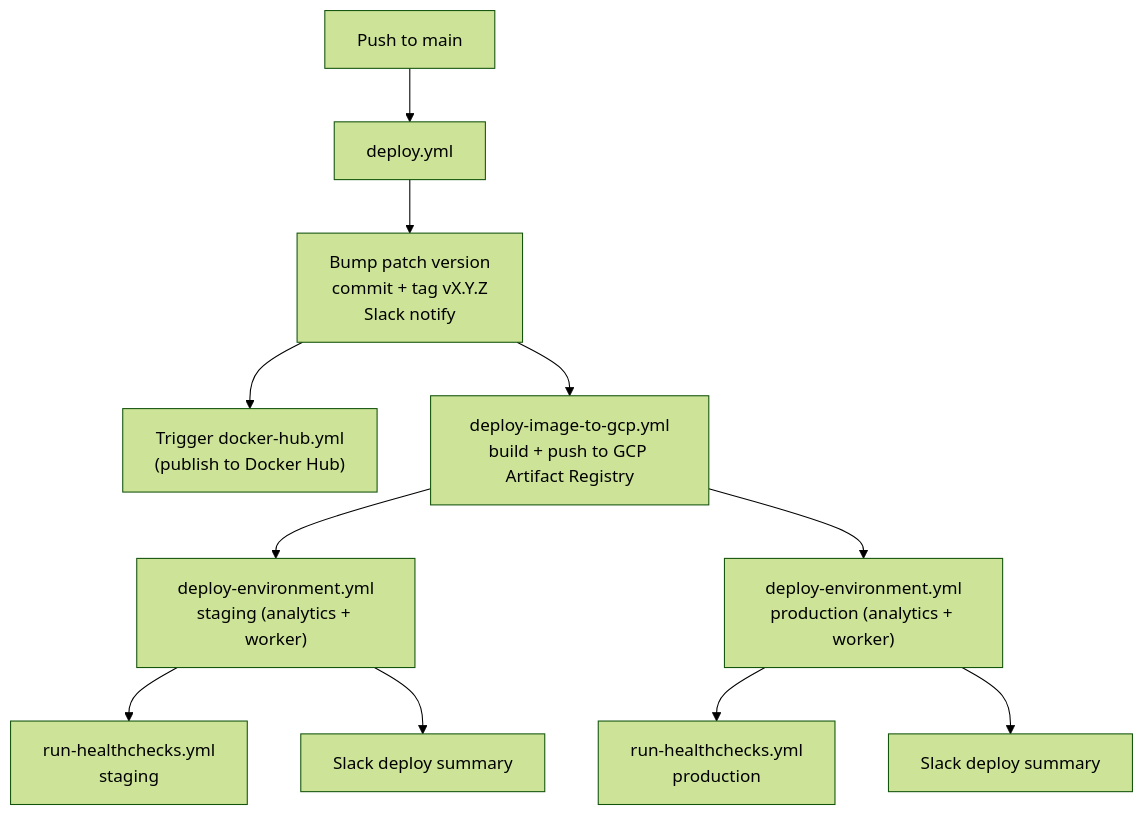
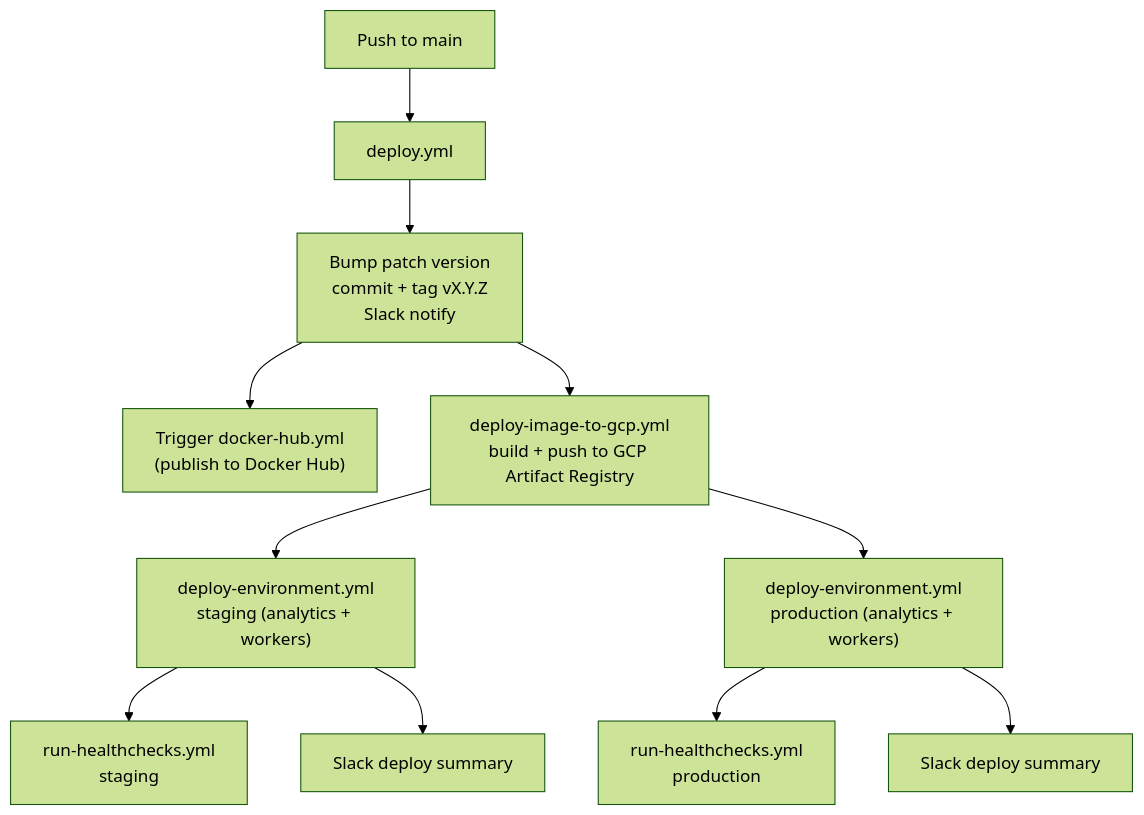
Before and after one commit to TryGhost/TrafficAnalytics: the diagram in docs/deployment.md, drawn with Mermaid (forest theme). The commit also changed other lines of this file and 15 other files, not shown here.

````diff
--- a/docs/deployment.md
+++ b/docs/deployment.md
@@ -9,13 +9,13 @@
 ```mermaid
 flowchart TD
     Merge["Push to main"] --> Deploy["deploy.yml"]
     Deploy --> Bump["Bump patch version<br/>commit + tag vX.Y.Z<br/>Slack notify"]
     Bump --> DH["Trigger docker-hub.yml<br/>(publish to Docker Hub)"]
     Bump --> Build["deploy-image-to-gcp.yml<br/>build + push to GCP Artifact Registry"]
-    Build --> Stg["deploy-environment.yml<br/>staging (analytics + worker)"]
-    Build --> Prd["deploy-environment.yml<br/>production (analytics + worker)"]
+    Build --> Stg["deploy-environment.yml<br/>staging (analytics + workers)"]
+    Build --> Prd["deploy-environment.yml<br/>production (analytics + workers)"]
     Stg --> HCS["run-healthchecks.yml<br/>staging"]
     Prd --> HCP["run-healthchecks.yml<br/>production"]
     Stg --> SlackS["Slack deploy summary"]
     Prd --> SlackP["Slack deploy summary"]
 ```
````
